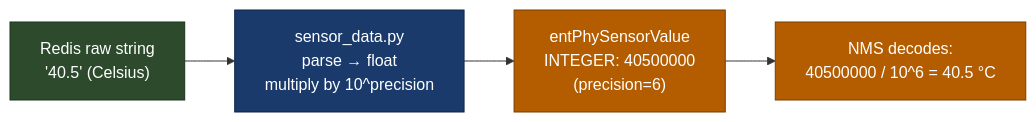
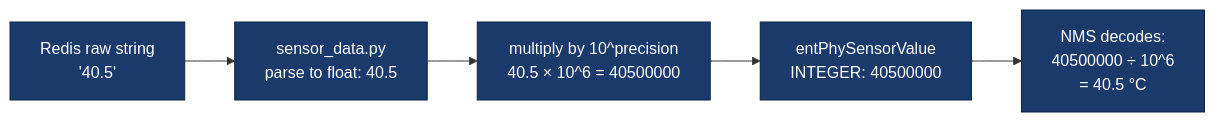
Before and after one commit to thongal-upscale/sonic-snmpagent: diagram 14 of 17 in docs/nms_compliance_gaps.md, drawn with Mermaid. The commit also changed other lines of this file, not shown here.

````diff
--- a/docs/nms_compliance_gaps.md
+++ b/docs/nms_compliance_gaps.md
@@ -526,13 +906,12 @@
 ```mermaid
 graph LR
-    classDef db   fill:#2d4a2d,color:#fff,stroke:#1a331a
-    classDef code fill:#1a3a6b,color:#fff,stroke:#0d2545
-    classDef oid  fill:#b35c00,color:#fff,stroke:#7a3f00
+    classDef ex fill:#1a3a6b,color:#fff,stroke:#0d2545
 
-    RAW["Redis raw string\n'40.5' (Celsius)"]:::db
-    CONV["sensor_data.py\nparse → float\nmultiply by 10^precision"]:::code
-    INT["entPhySensorValue\nINTEGER: 40500000\n(precision=6)"]:::oid
-    DECODE["NMS decodes:\n40500000 / 10^6 = 40.5 °C"]:::oid
+    RAW["Redis raw string\n'40.5'"]:::ex
+    STEP1["sensor_data.py\nparse to float: 40.5"]:::ex
+    STEP2["multiply by 10^precision\n40.5 × 10^6 = 40500000"]:::ex
+    OID_VAL["entPhySensorValue\nINTEGER: 40500000"]:::ex
+    NMS["NMS decodes:\n40500000 ÷ 10^6\n= 40.5 °C"]:::ex
 
-    RAW --> CONV --> INT --> DECODE
+    RAW --> STEP1 --> STEP2 --> OID_VAL --> NMS
 ```
````
